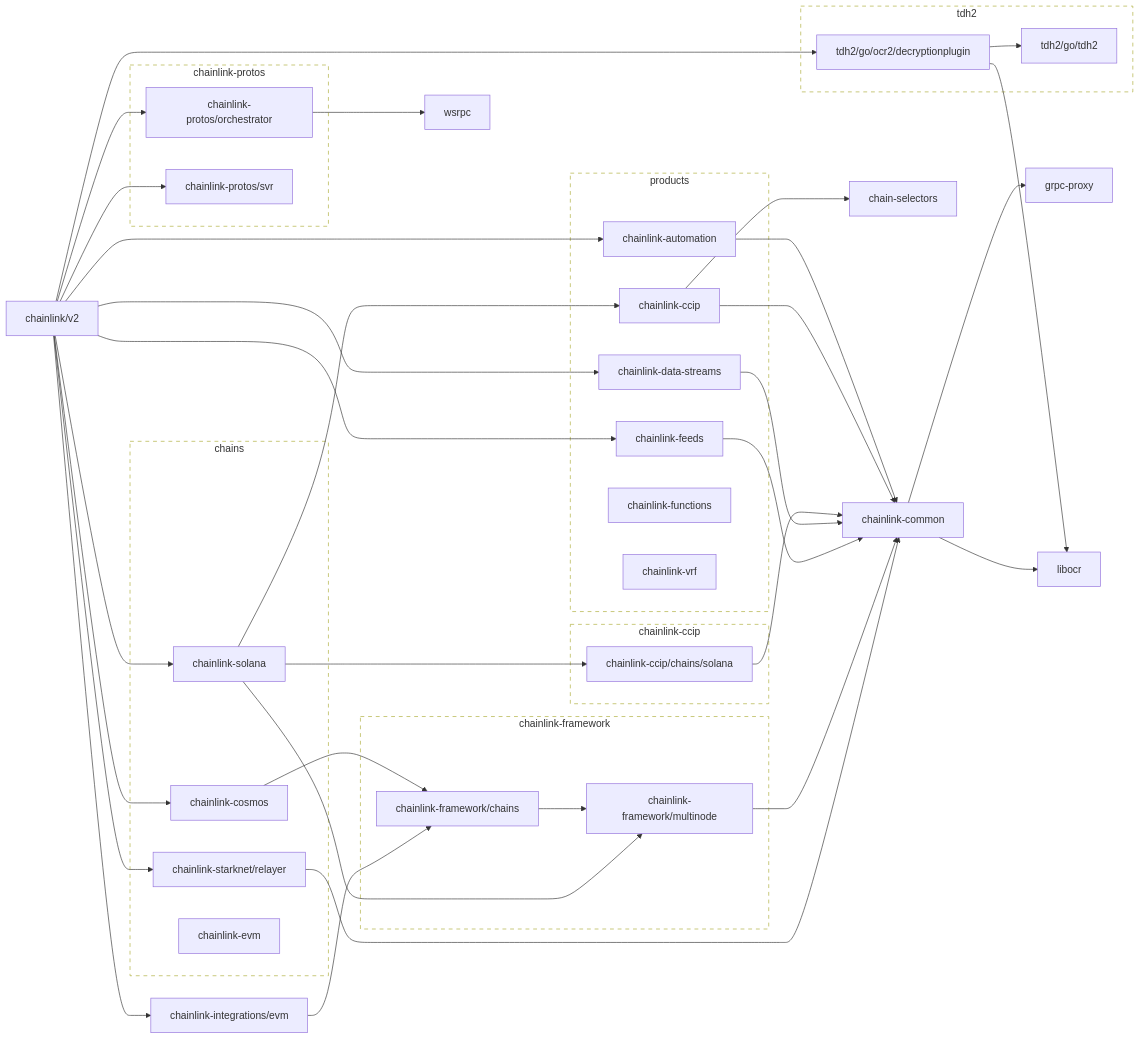
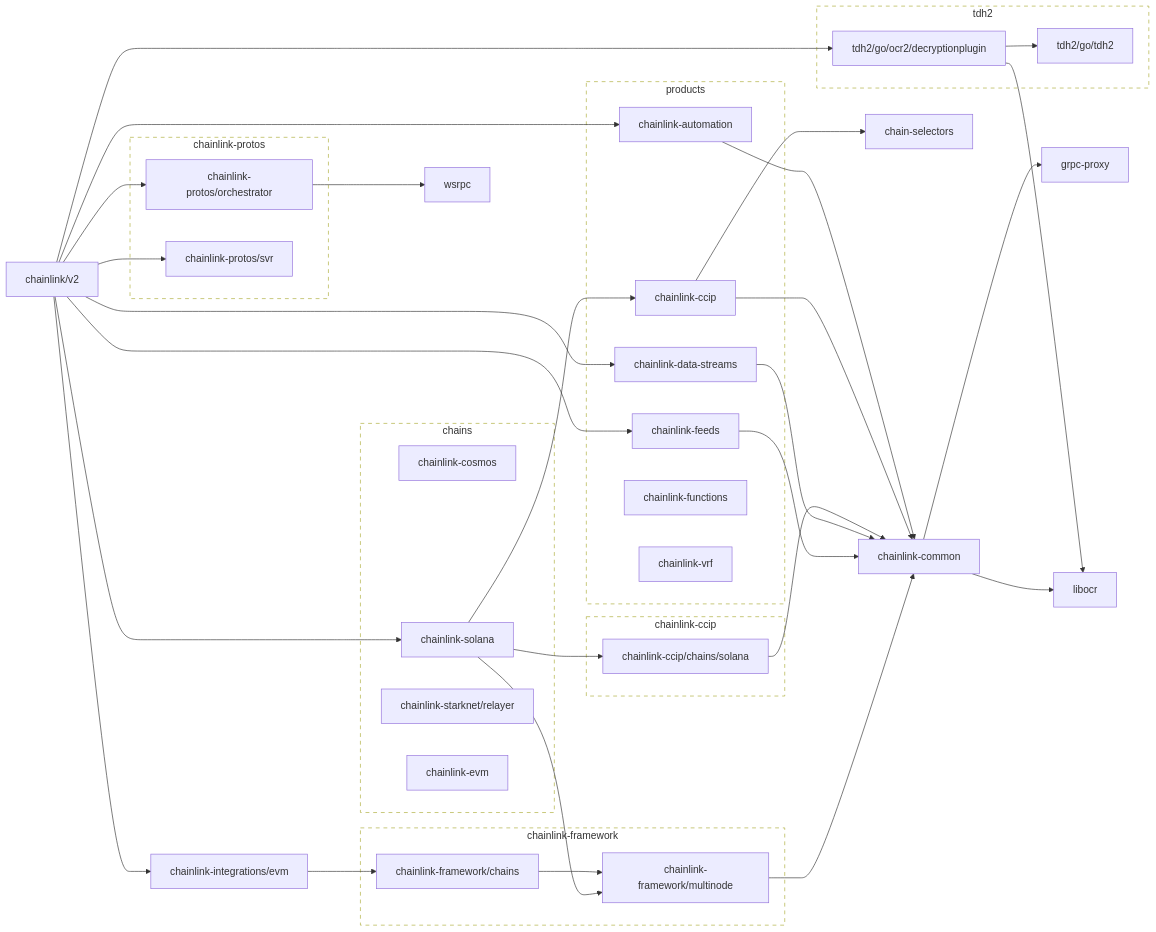
The first of 2 diagrams in go.md (mikeyhodl/chainlink), drawn with Mermaid before and after one commit. The commit also changed other lines of this file and 54 other files, not shown here.

First line of the commit message:
core: cosmos & starknet LOOPP mode only (#16039)

```diff
--- a/go.md
+++ b/go.md
@@ -33,8 +33,6 @@
 	chainlink-common --> grpc-proxy
 	chainlink-common --> libocr
 	click chainlink-common href "https://github.com/smartcontractkit/chainlink-common"
-	chainlink-cosmos --> chainlink-framework/chains
-	click chainlink-cosmos href "https://github.com/smartcontractkit/chainlink-cosmos"
 	chainlink-data-streams --> chainlink-common
 	click chainlink-data-streams href "https://github.com/smartcontractkit/chainlink-data-streams"
 	chainlink-feeds --> chainlink-common
@@ -53,17 +51,13 @@
 	chainlink-solana --> chainlink-ccip/chains/solana
 	chainlink-solana --> chainlink-framework/multinode
 	click chainlink-solana href "https://github.com/smartcontractkit/chainlink-solana"
-	chainlink-starknet/relayer --> chainlink-common
-	click chainlink-starknet/relayer href "https://github.com/smartcontractkit/chainlink-starknet"
 	chainlink/v2 --> chainlink-automation
-	chainlink/v2 --> chainlink-cosmos
 	chainlink/v2 --> chainlink-data-streams
 	chainlink/v2 --> chainlink-feeds
 	chainlink/v2 --> chainlink-integrations/evm
 	chainlink/v2 --> chainlink-protos/orchestrator
 	chainlink/v2 --> chainlink-protos/svr
 	chainlink/v2 --> chainlink-solana
-	chainlink/v2 --> chainlink-starknet/relayer
 	chainlink/v2 --> tdh2/go/ocr2/decryptionplugin
 	click chainlink/v2 href "https://github.com/smartcontractkit/chainlink"
 	grpc-proxy
```
